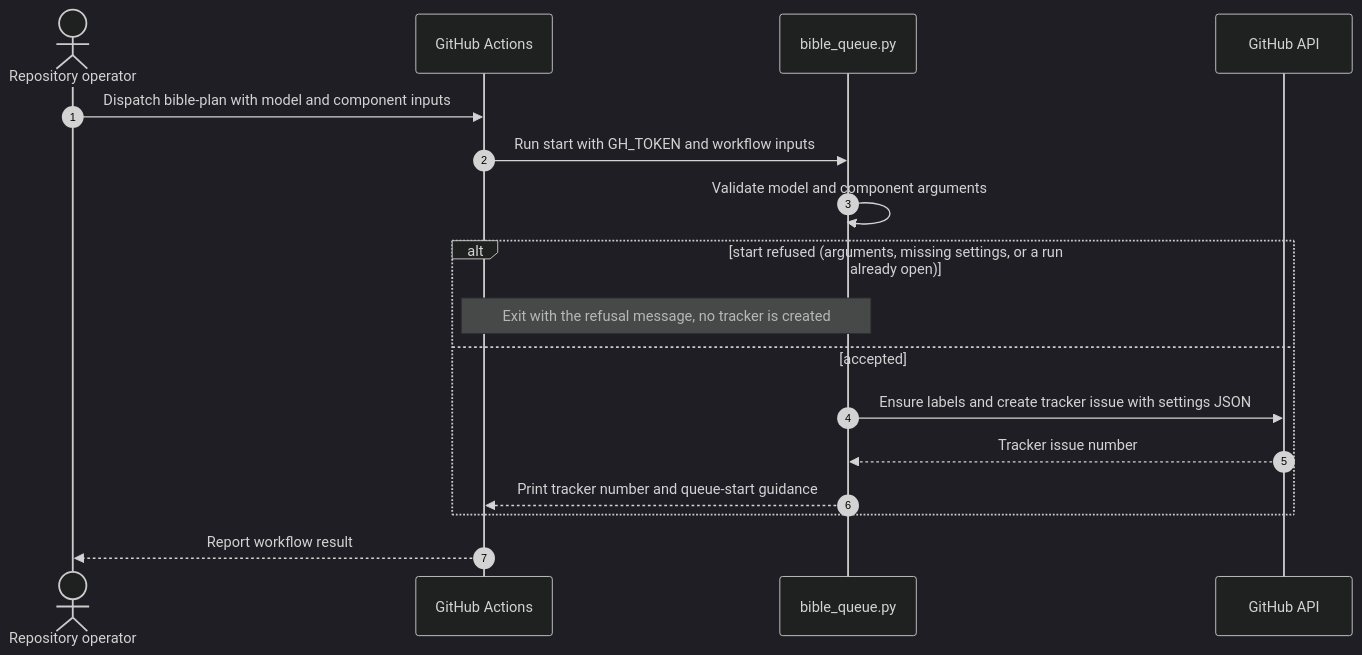
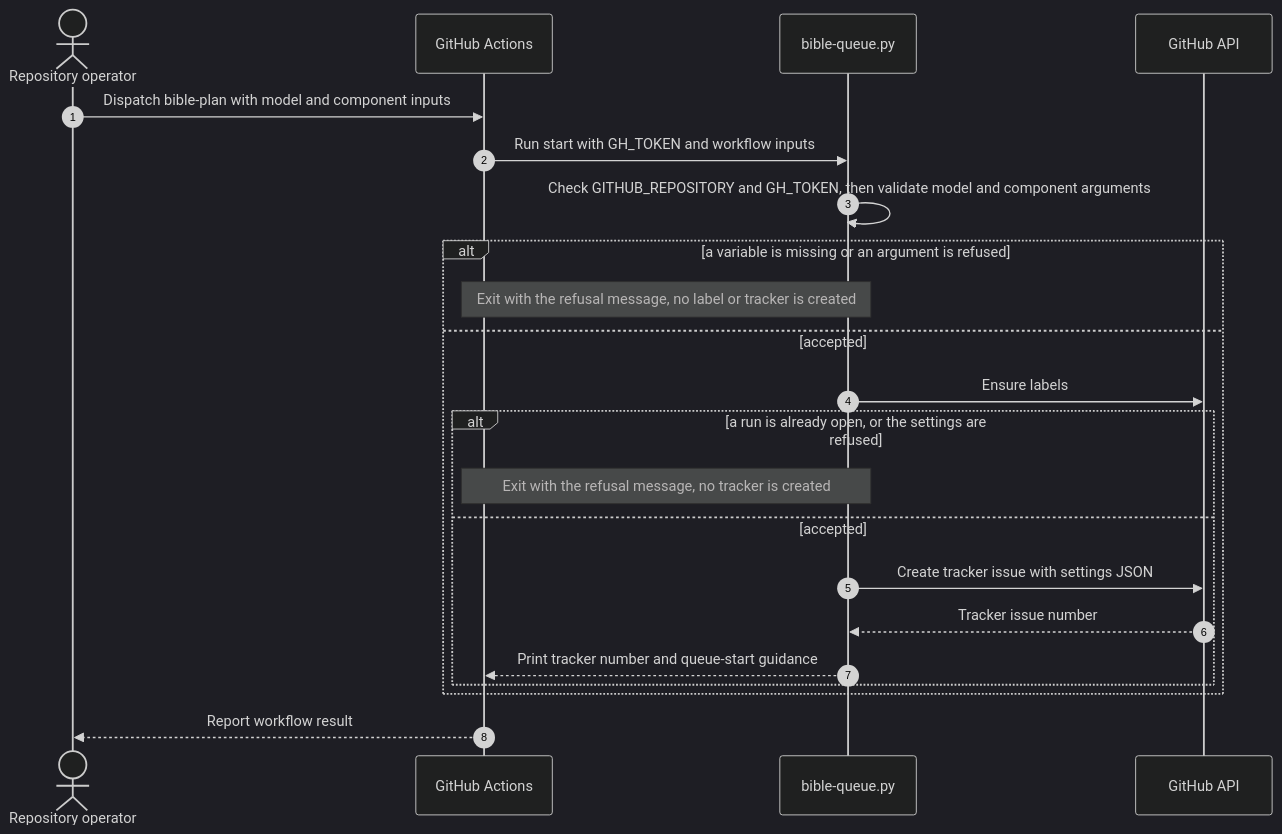
Before and after one commit to vishalc412/bible-mode-b-test: the first of 10 diagrams in codebase-analysis/hld/05-key-flows.md, drawn with Mermaid (dark theme). The commit also changed other lines of this file and 38 other files, not shown here.

````diff
--- a/codebase-analysis/hld/05-key-flows.md
+++ b/codebase-analysis/hld/05-key-flows.md
@@ -41,19 +41,24 @@
 ```mermaid
 sequenceDiagram
   autonumber
   actor Operator as Repository operator
   participant Actions as GitHub Actions
-  participant Queue as bible_queue.py
+  participant Queue as bible-queue.py
   participant API as GitHub API
   Operator->>Actions: Dispatch bible-plan with model and component inputs
   Actions->>Queue: Run start with GH_TOKEN and workflow inputs
-  Queue->>Queue: Validate model and component arguments
-  alt start refused (arguments, missing settings, or a run already open)
-    Note over Queue,Actions: Exit with the refusal message, no tracker is created
+  Queue->>Queue: Check GITHUB_REPOSITORY and GH_TOKEN, then validate model and component arguments
+  alt a variable is missing or an argument is refused
+    Note over Queue,Actions: Exit with the refusal message, no label or tracker is created
   else accepted
-    Queue->>API: Ensure labels and create tracker issue with settings JSON
-    API-->>Queue: Tracker issue number
-    Queue-->>Actions: Print tracker number and queue-start guidance
+    Queue->>API: Ensure labels
+    alt a run is already open, or the settings are refused
+      Note over Queue,Actions: Exit with the refusal message, no tracker is created
+    else accepted
+      Queue->>API: Create tracker issue with settings JSON
+      API-->>Queue: Tracker issue number
+      Queue-->>Actions: Print tracker number and queue-start guidance
+    end
   end
   Actions-->>Operator: Report workflow result
 ```
````
